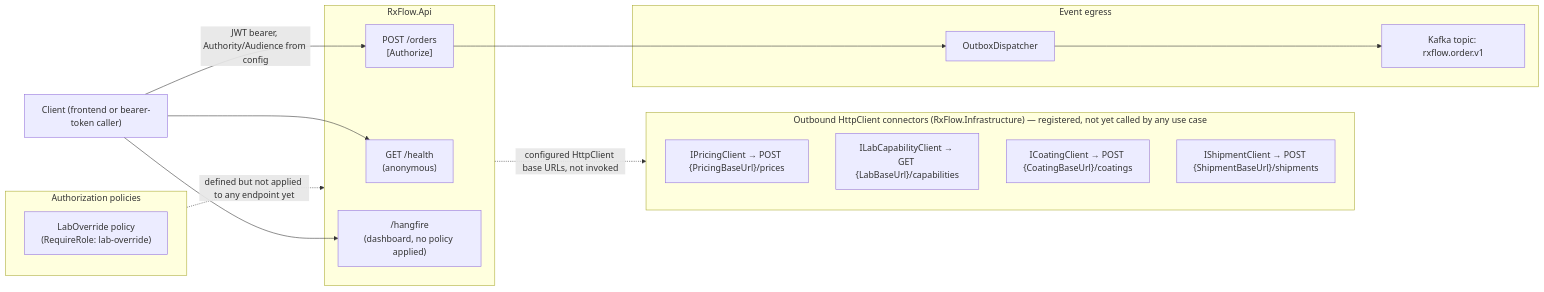
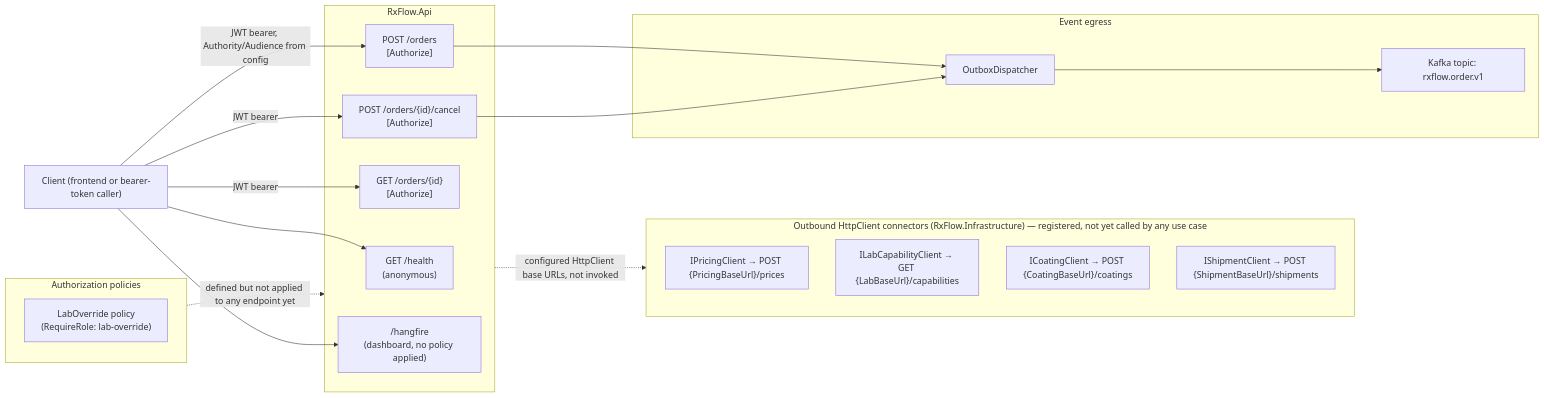
The third of 3 diagrams in docs/diagrams.md (dishagupta2901/RxProject), drawn with Mermaid before and after one commit. The commit also changed other lines of this file and 11 other files, not shown here.

````diff
--- a/docs/diagrams.md
+++ b/docs/diagrams.md
@@ -103,35 +103,40 @@
 ```mermaid
 flowchart LR
     Client["Client (frontend or bearer-token caller)"]
 
     subgraph API ["RxFlow.Api"]
         Health["GET /health<br/>(anonymous)"]
         Orders["POST /orders<br/>[Authorize]"]
+        OrdersGet["GET /orders/{id}<br/>[Authorize]"]
+        OrdersCancel["POST /orders/{id}/cancel<br/>[Authorize]"]
         HangfireUI["/hangfire<br/>(dashboard, no policy applied)"]
     end
 
     Client -->|JWT bearer, Authority/Audience from config| Orders
+    Client -->|JWT bearer| OrdersGet
+    Client -->|JWT bearer| OrdersCancel
     Client --> Health
     Client --> HangfireUI
 
     subgraph AuthZ ["Authorization policies"]
         LabOverridePolicy["LabOverride policy<br/>(RequireRole: lab-override)"]
     end
     AuthZ -.->|defined but not applied to any endpoint yet| API
 
     subgraph Connectors ["Outbound HttpClient connectors (RxFlow.Infrastructure) — registered, not yet called by any use case"]
         Pricing["IPricingClient → POST {PricingBaseUrl}/prices"]
         LabCap["ILabCapabilityClient → GET {LabBaseUrl}/capabilities"]
         Coating["ICoatingClient → POST {CoatingBaseUrl}/coatings"]
         Shipment["IShipmentClient → POST {ShipmentBaseUrl}/shipments"]
     end
 
     API -.->|configured HttpClient base URLs, not invoked| Connectors
 
     subgraph EventOut ["Event egress"]
         Outbox["OutboxDispatcher"]
         Kafka["Kafka topic: rxflow.order.v1"]
     end
     Orders --> Outbox
+    OrdersCancel --> Outbox
     Outbox --> Kafka
 ```
````
